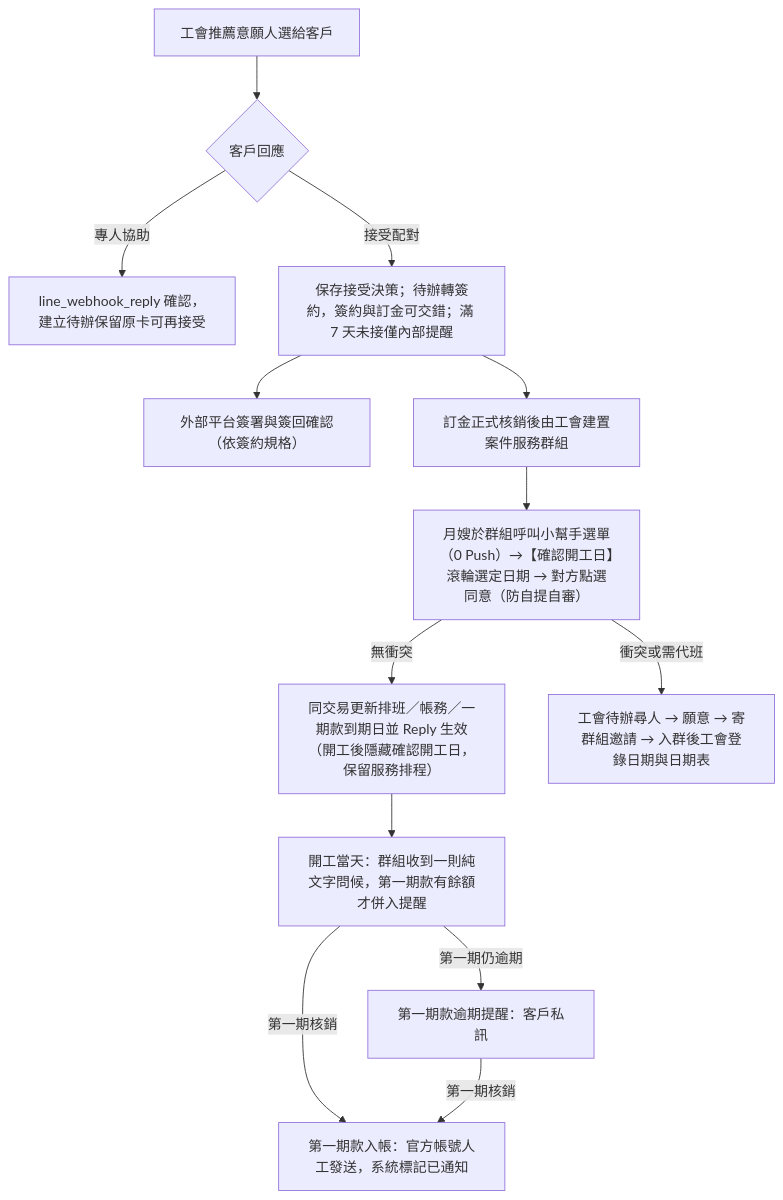
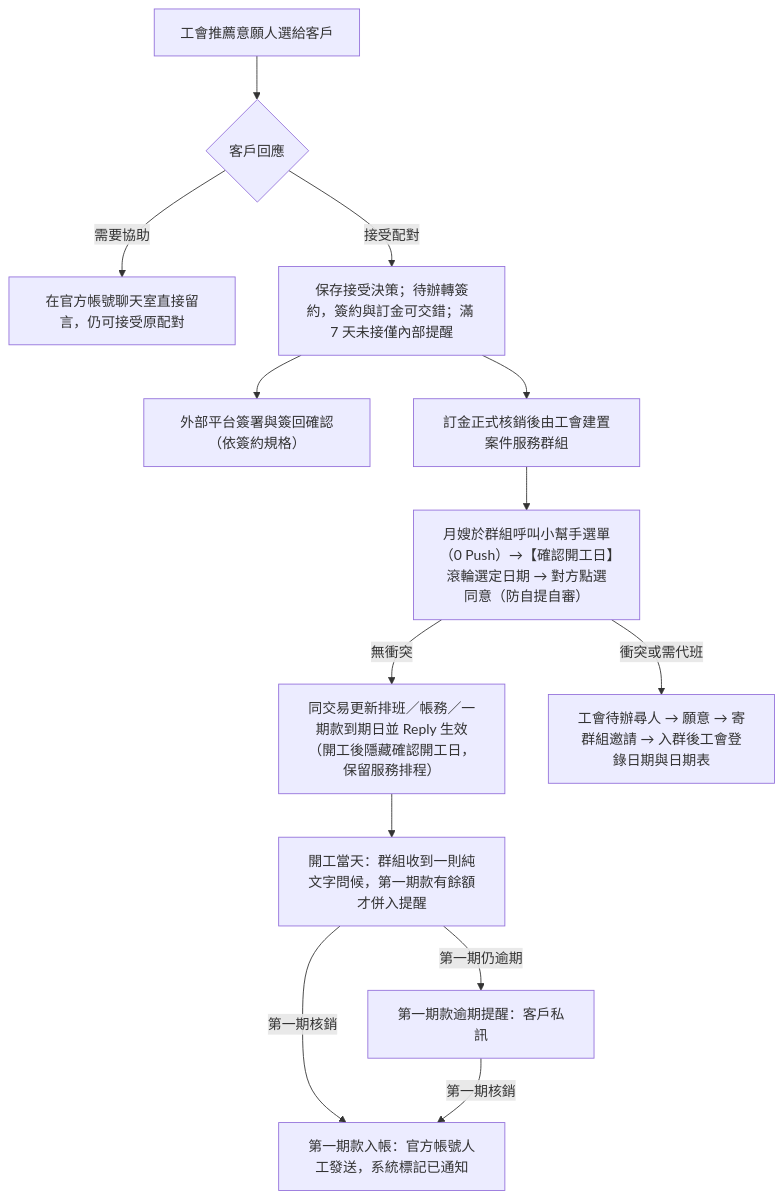
One commit to chrishzc/Labor_union changed the third of 3 diagrams in document/架構重整/01_規格基線/26_LINE四大模組Eraser流程圖轉錄與驗收基線.md. Above: the diagram before and after it, drawn with Mermaid. The commit also changed other lines of this file and 138 other files, not shown here.

````diff
--- a/document/架構重整/01_規格基線/26_LINE四大模組Eraser流程圖轉錄與驗收基線.md
+++ b/document/架構重整/01_規格基線/26_LINE四大模組Eraser流程圖轉錄與驗收基線.md
@@ -113,15 +113,15 @@
 ```mermaid
 flowchart TD
   A["工會推薦意願人選給客戶"] --> B{"客戶回應"}
-  B -->|專人協助| C["line_webhook_reply 確認，建立待辦保留原卡可再接受"]
+  B -->|需要協助| C["在官方帳號聊天室直接留言，仍可接受原配對"]
   B -->|接受配對| D["保存接受決策；待辦轉簽約，簽約與訂金可交錯；滿 7 天未接僅內部提醒"]
   D --> S["外部平台簽署與簽回確認（依簽約規格）"]
   D --> E["訂金正式核銷後由工會建置案件服務群組"]
   E --> F["月嫂於群組呼叫小幫手選單（0 Push）→【確認開工日】滾輪選定日期 → 對方點選同意（防自提自審）"]
   F -->|無衝突| G["同交易更新排班／帳務／一期款到期日並 Reply 生效（開工後隱藏確認開工日，保留服務排程）"]
   F -->|衝突或需代班| H["工會待辦尋人 → 願意 → 寄群組邀請 → 入群後工會登錄日期與日期表"]
   G --> I["開工當天：群組收到一則純文字問候，第一期款有餘額才併入提醒"]
   I -->|第一期仍逾期| J["第一期款逾期提醒：客戶私訊"]
   I -->|第一期核銷| K["第一期款入帳：官方帳號人工發送，系統標記已通知"]
   J -->|第一期核銷| K
 ```
````
